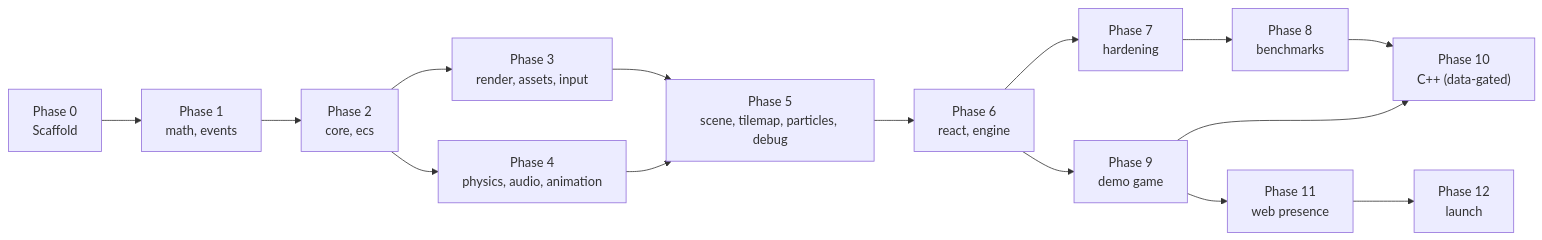
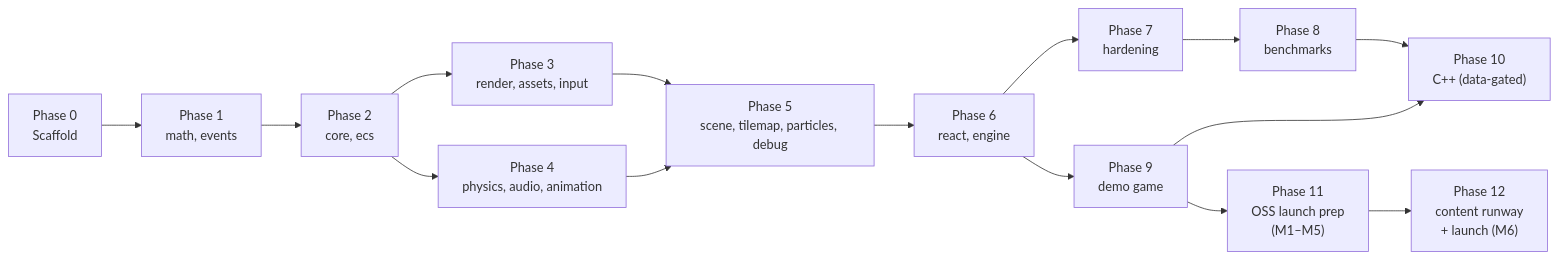
One commit to grzott/flare-engine changed the diagram in docs/plans/build-plan.md. Above: the diagram before and after it, drawn with Mermaid. The commit also changed other lines of this file, not shown here.

Commit message:
docs(plans): split phase 11-12 into numbered stages

````diff
--- a/docs/plans/build-plan.md
+++ b/docs/plans/build-plan.md
@@ -301,17 +602,17 @@
 ```mermaid
 graph LR
     P0["Phase 0<br/>Scaffold"] --> P1["Phase 1<br/>math, events"]
     P1 --> P2["Phase 2<br/>core, ecs"]
     P2 --> P3["Phase 3<br/>render, assets, input"]
     P2 --> P4["Phase 4<br/>physics, audio, animation"]
     P3 --> P5["Phase 5<br/>scene, tilemap, particles, debug"]
     P4 --> P5
     P5 --> P6["Phase 6<br/>react, engine"]
     P6 --> P7["Phase 7<br/>hardening"]
     P7 --> P8["Phase 8<br/>benchmarks"]
     P6 --> P9["Phase 9<br/>demo game"]
     P8 --> P10["Phase 10<br/>C++ (data-gated)"]
     P9 --> P10
-    P9 --> P11["Phase 11<br/>web presence"]
-    P11 --> P12["Phase 12<br/>launch"]
+    P9 --> P11["Phase 11<br/>OSS launch prep<br/>(M1–M5)"]
+    P11 --> P12["Phase 12<br/>content runway<br/>+ launch (M6)"]
 ```
````
